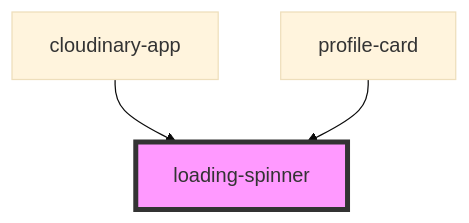
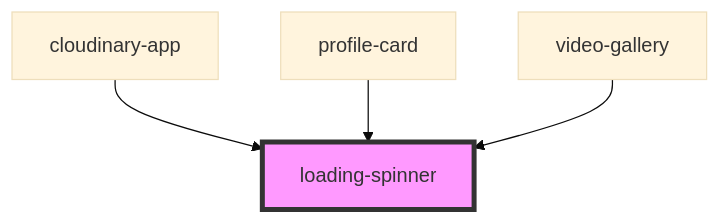
Before and after one commit to dev-kylo/component_library: the diagram in src/components/spinner/readme.md, drawn with Mermaid (base theme). The commit also changed other lines of this file and 8 other files, not shown here.

````diff
--- a/src/components/spinner/readme.md
+++ b/src/components/spinner/readme.md
@@ -23,6 +24,7 @@
 ```mermaid
 graph TD;
   cloudinary-app --> loading-spinner
   profile-card --> loading-spinner
+  video-gallery --> loading-spinner
   style loading-spinner fill:#f9f,stroke:#333,stroke-width:4px
 ```
````
